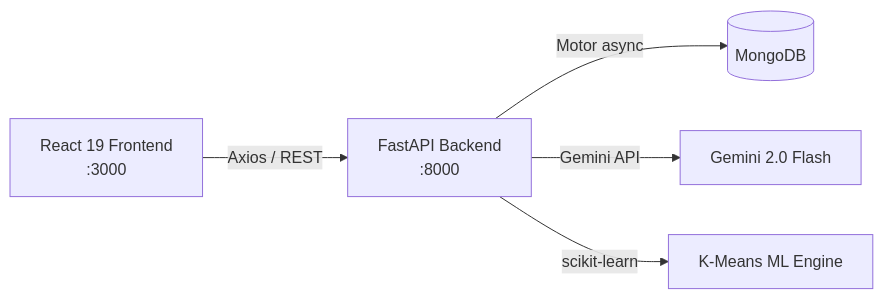
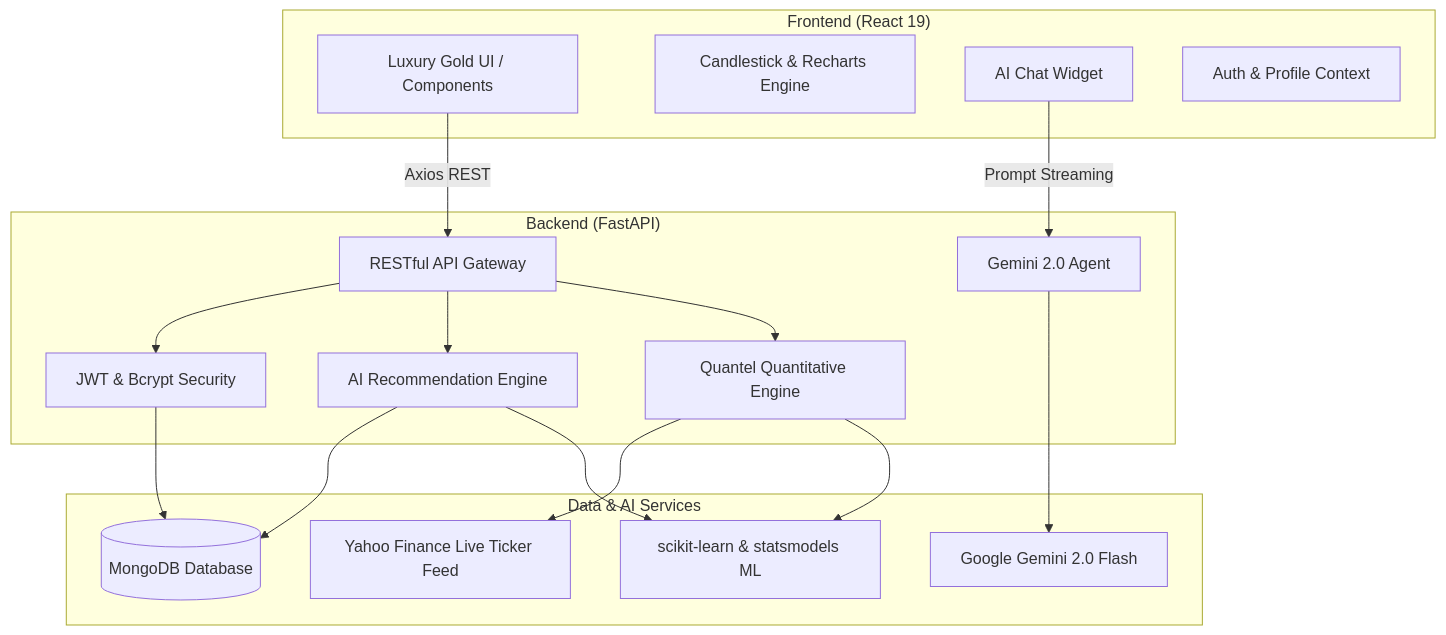
The diagram in README.md (Mithun017/Pocket-Buddy---Pocket-Partner-for-Better-Financial-Planning), drawn with Mermaid before and after one commit. The commit also changed other lines of this file, not shown here.

Commit message:
Update README with Luxury Gold design system, Quantel ML indicators, and updated docs

````diff
--- a/README.md
+++ b/README.md
@@ -253,7 +70,36 @@
 ```mermaid
-graph LR
-    A[React 19 Frontend<br/>:3000] -->|Axios / REST| B[FastAPI Backend<br/>:8000]
-    B -->|Motor async| C[(MongoDB)]
-    B -->|Gemini API| D[Gemini 2.0 Flash]
-    B -->|scikit-learn| E[K-Means ML Engine]
+graph TD
+    subgraph Frontend ["Frontend (React 19)"]
+        UI[Luxury Gold UI / Components]
+        CC[Candlestick & Recharts Engine]
+        CW[AI Chat Widget]
+        CTX[Auth & Profile Context]
+    end
+
+    subgraph Backend ["Backend (FastAPI)"]
+        API[RESTful API Gateway]
+        AUTH[JWT & Bcrypt Security]
+        REC[AI Recommendation Engine]
+        QUANT[Quantel Quantitative Engine]
+        CHAT[Gemini 2.0 Agent]
+    end
+
+    subgraph Data ["Data & AI Services"]
+        DB[(MongoDB Database)]
+        YF[Yahoo Finance Live Ticker Feed]
+        GEMINI[Google Gemini 2.0 Flash]
+        SKLEARN[scikit-learn & statsmodels ML]
+    end
+
+    UI -->|Axios REST| API
+    CW -->|Prompt Streaming| CHAT
+    API --> AUTH
+    API --> REC
+    API --> QUANT
+    AUTH --> DB
+    REC --> DB
+    REC --> SKLEARN
+    QUANT --> YF
+    QUANT --> SKLEARN
+    CHAT --> GEMINI
 ```
````
